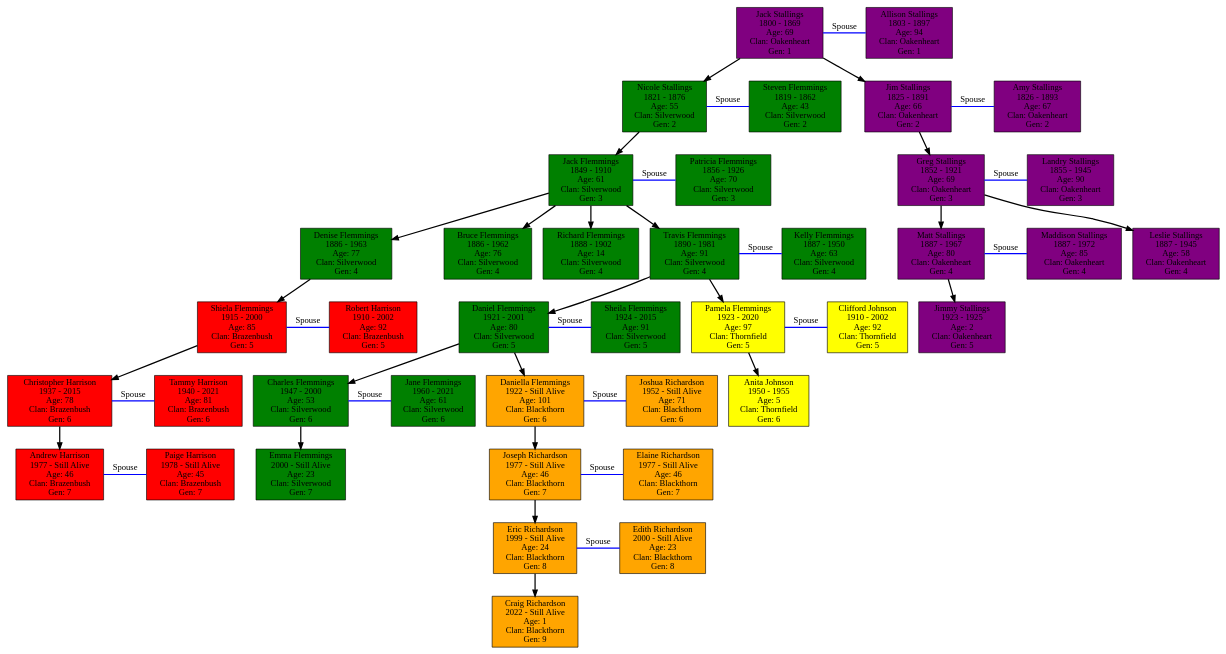
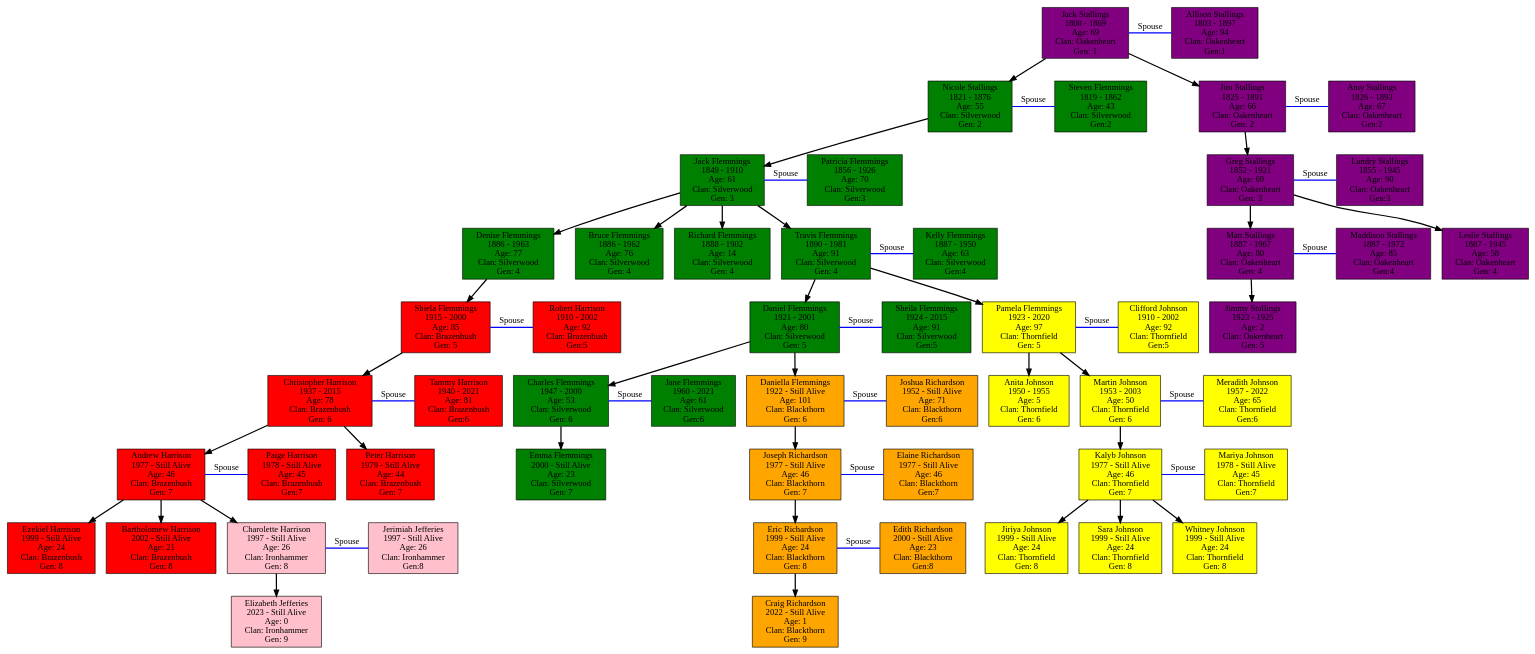
One commit to ACHarrison32/4883-SoftwareTools-Harrison changed the diagram in Assignments/A5/family_tree.dot. Above: the diagram before and after it, drawn with Graphviz.

```diff
--- a/Assignments/A5/family_tree.dot
+++ b/Assignments/A5/family_tree.dot
@@ -1,91 +1,117 @@
 digraph FamilyTree {
 	{ rank = same; }
 	{ rank = same; 0; 1; }
 	{ rank = same; 2; 3; 26; 33; }
 	{ rank = same; 4; 5; 34; 35; }
 	{ rank = same; 6; 7; 8; 9; 10; 36; 37; 38; }
 	{ rank = same; 11; 12; 13; 14; 27; 28; 39; }
-	{ rank = same; 15; 16; 17; 18; 19; 29; 30; }
-	{ rank = same; 20; 21; 24; 31; 32; }
-	{ rank = same; 22; 23; }
-	{ rank = same; 25; }
+	{ rank = same; 15; 16; 17; 18; 19; 29; 30; 40; 41; }
+	{ rank = same; 20; 21; 24; 31; 32; 42; 43; 47; }
+	{ rank = same; 22; 23; 44; 45; 46; 48; 49; 50; 51; }
+	{ rank = same; 25; 52; }
 	0 [label="Jack Stallings\n1800 - 1869\nAge: 69\nClan: Oakenheart\nGen: 1", shape=rectangle, style=filled, fillcolor=purple];
 	0 -> 1 [label="Spouse", dir=none, penwidth=2, color="blue"];
-	1 [label="Allison Stallings\n1803 - 1897\nAge: 94\nClan: Oakenheart\nGen: 1", shape=rectangle, style=filled, fillcolor=purple];
+	1 [label="Allison Stallings\n1803 - 1897\nAge: 94\nClan: Oakenheart\nGen:1", shape=rectangle, style=filled, fillcolor=purple];
 	0 -> 2[penwidth=2];
 	2 [label="Nicole Stallings\n1821 - 1876\nAge: 55\nClan: Silverwood\nGen: 2", shape=rectangle, style=filled, fillcolor=green];
 	2 -> 3 [label="Spouse", dir=none, penwidth=2, color="blue"];
-	3 [label="Steven Flemmings\n1819 - 1862\nAge: 43\nClan: Silverwood\nGen: 2", shape=rectangle, style=filled, fillcolor=green];
+	3 [label="Steven Flemmings\n1819 - 1862\nAge: 43\nClan: Silverwood\nGen:2", shape=rectangle, style=filled, fillcolor=green];
 	2 -> 4[penwidth=2];
 	4 [label="Jack Flemmings\n1849 - 1910\nAge: 61\nClan: Silverwood\nGen: 3", shape=rectangle, style=filled, fillcolor=green];
 	4 -> 5 [label="Spouse", dir=none, penwidth=2, color="blue"];
-	5 [label="Patricia Flemmings\n1856 - 1926\nAge: 70\nClan: Silverwood\nGen: 3", shape=rectangle, style=filled, fillcolor=green];
+	5 [label="Patricia Flemmings\n1856 - 1926\nAge: 70\nClan: Silverwood\nGen:3", shape=rectangle, style=filled, fillcolor=green];
 	4 -> 6[penwidth=2];
 	6 [label="Denise Flemmings\n1886 - 1963\nAge: 77\nClan: Silverwood\nGen: 4", shape=rectangle, style=filled, fillcolor=green];
 	6 -> 27[penwidth=2];
 	27 [label="Shiela Flemmings\n1915 - 2000\nAge: 85\nClan: Brazenbush\nGen: 5", shape=rectangle, style=filled, fillcolor=red];
 	27 -> 28 [label="Spouse", dir=none, penwidth=2, color="blue"];
-	28 [label="Robert Harrison\n1910 - 2002\nAge: 92\nClan: Brazenbush\nGen: 5", shape=rectangle, style=filled, fillcolor=red];
+	28 [label="Robert Harrison\n1910 - 2002\nAge: 92\nClan: Brazenbush\nGen:5", shape=rectangle, style=filled, fillcolor=red];
 	27 -> 29[penwidth=2];
 	29 [label="Christopher Harrison\n1937 - 2015\nAge: 78\nClan: Brazenbush\nGen: 6", shape=rectangle, style=filled, fillcolor=red];
 	29 -> 30 [label="Spouse", dir=none, penwidth=2, color="blue"];
-	30 [label="Tammy Harrison\n1940 - 2021\nAge: 81\nClan: Brazenbush\nGen: 6", shape=rectangle, style=filled, fillcolor=red];
+	30 [label="Tammy Harrison\n1940 - 2021\nAge: 81\nClan: Brazenbush\nGen:6", shape=rectangle, style=filled, fillcolor=red];
 	29 -> 31[penwidth=2];
 	31 [label="Andrew Harrison\n1977 - Still Alive\nAge: 46\nClan: Brazenbush\nGen: 7", shape=rectangle, style=filled, fillcolor=red];
 	31 -> 32 [label="Spouse", dir=none, penwidth=2, color="blue"];
-	32 [label="Paige Harrison\n1978 - Still Alive\nAge: 45\nClan: Brazenbush\nGen: 7", shape=rectangle, style=filled, fillcolor=red];
+	32 [label="Paige Harrison\n1978 - Still Alive\nAge: 45\nClan: Brazenbush\nGen:7", shape=rectangle, style=filled, fillcolor=red];
+	31 -> 48[penwidth=2];
+	48 [label="Ezekiel Harrison\n1999 - Still Alive\nAge: 24\nClan: Brazenbush\nGen: 8", shape=rectangle, style=filled, fillcolor=red];
+	31 -> 49[penwidth=2];
+	49 [label="Bartholomew Harrison\n2002 - Still Alive\nAge: 21\nClan: Brazenbush\nGen: 8", shape=rectangle, style=filled, fillcolor=red];
+	31 -> 50[penwidth=2];
+	50 [label="Charolette Harrison\n1997 - Still Alive\nAge: 26\nClan: Ironhammer\nGen: 8", shape=rectangle, style=filled, fillcolor=pink];
+	50 -> 51 [label="Spouse", dir=none, penwidth=2, color="blue"];
+	51 [label="Jerimiah Jefferies\n1997 - Still Alive\nAge: 26\nClan: Ironhammer\nGen:8", shape=rectangle, style=filled, fillcolor=pink];
+	50 -> 52[penwidth=2];
+	52 [label="Elizabeth Jefferies\n2023 - Still Alive\nAge: 0\nClan: Ironhammer\nGen: 9", shape=rectangle, style=filled, fillcolor=pink];
+	29 -> 47[penwidth=2];
+	47 [label="Peter Harrison\n1979 - Still Alive\nAge: 44\nClan: Brazenbush\nGen: 7", shape=rectangle, style=filled, fillcolor=red];
 	4 -> 7[penwidth=2];
 	7 [label="Bruce Flemmings\n1886 - 1962\nAge: 76\nClan: Silverwood\nGen: 4", shape=rectangle, style=filled, fillcolor=green];
 	4 -> 8[penwidth=2];
 	8 [label="Richard Flemmings\n1888 - 1902\nAge: 14\nClan: Silverwood\nGen: 4", shape=rectangle, style=filled, fillcolor=green];
 	4 -> 9[penwidth=2];
 	9 [label="Travis Flemmings\n1890 - 1981\nAge: 91\nClan: Silverwood\nGen: 4", shape=rectangle, style=filled, fillcolor=green];
 	9 -> 10 [label="Spouse", dir=none, penwidth=2, color="blue"];
-	10 [label="Kelly Flemmings\n1887 - 1950\nAge: 63\nClan: Silverwood\nGen: 4", shape=rectangle, style=filled, fillcolor=green];
+	10 [label="Kelly Flemmings\n1887 - 1950\nAge: 63\nClan: Silverwood\nGen:4", shape=rectangle, style=filled, fillcolor=green];
 	9 -> 11[penwidth=2];
 	11 [label="Daniel Flemmings\n1921 - 2001\nAge: 80\nClan: Silverwood\nGen: 5", shape=rectangle, style=filled, fillcolor=green];
 	11 -> 12 [label="Spouse", dir=none, penwidth=2, color="blue"];
-	12 [label="Sheila Flemmings\n1924 - 2015\nAge: 91\nClan: Silverwood\nGen: 5", shape=rectangle, style=filled, fillcolor=green];
+	12 [label="Sheila Flemmings\n1924 - 2015\nAge: 91\nClan: Silverwood\nGen:5", shape=rectangle, style=filled, fillcolor=green];
 	11 -> 15[penwidth=2];
 	15 [label="Charles Flemmings\n1947 - 2000\nAge: 53\nClan: Silverwood\nGen: 6", shape=rectangle, style=filled, fillcolor=green];
 	15 -> 16 [label="Spouse", dir=none, penwidth=2, color="blue"];
-	16 [label="Jane Flemmings\n1960 - 2021\nAge: 61\nClan: Silverwood\nGen: 6", shape=rectangle, style=filled, fillcolor=green];
+	16 [label="Jane Flemmings\n1960 - 2021\nAge: 61\nClan: Silverwood\nGen:6", shape=rectangle, style=filled, fillcolor=green];
 	15 -> 24[penwidth=2];
 	24 [label="Emma Flemmings\n2000 - Still Alive\nAge: 23\nClan: Silverwood\nGen: 7", shape=rectangle, style=filled, fillcolor=green];
 	11 -> 17[penwidth=2];
 	17 [label="Daniella Flemmings\n1922 - Still Alive\nAge: 101\nClan: Blackthorn\nGen: 6", shape=rectangle, style=filled, fillcolor=orange];
 	17 -> 18 [label="Spouse", dir=none, penwidth=2, color="blue"];
-	18 [label="Joshua Richardson\n1952 - Still Alive\nAge: 71\nClan: Blackthorn\nGen: 6", shape=rectangle, style=filled, fillcolor=orange];
+	18 [label="Joshua Richardson\n1952 - Still Alive\nAge: 71\nClan: Blackthorn\nGen:6", shape=rectangle, style=filled, fillcolor=orange];
 	17 -> 20[penwidth=2];
 	20 [label="Joseph Richardson\n1977 - Still Alive\nAge: 46\nClan: Blackthorn\nGen: 7", shape=rectangle, style=filled, fillcolor=orange];
 	20 -> 21 [label="Spouse", dir=none, penwidth=2, color="blue"];
-	21 [label="Elaine Richardson\n1977 - Still Alive\nAge: 46\nClan: Blackthorn\nGen: 7", shape=rectangle, style=filled, fillcolor=orange];
+	21 [label="Elaine Richardson\n1977 - Still Alive\nAge: 46\nClan: Blackthorn\nGen:7", shape=rectangle, style=filled, fillcolor=orange];
 	20 -> 22[penwidth=2];
 	22 [label="Eric Richardson\n1999 - Still Alive\nAge: 24\nClan: Blackthorn\nGen: 8", shape=rectangle, style=filled, fillcolor=orange];
 	22 -> 23 [label="Spouse", dir=none, penwidth=2, color="blue"];
-	23 [label="Edith Richardson\n2000 - Still Alive\nAge: 23\nClan: Blackthorn\nGen: 8", shape=rectangle, style=filled, fillcolor=orange];
+	23 [label="Edith Richardson\n2000 - Still Alive\nAge: 23\nClan: Blackthorn\nGen:8", shape=rectangle, style=filled, fillcolor=orange];
 	22 -> 25[penwidth=2];
 	25 [label="Craig Richardson\n2022 - Still Alive\nAge: 1\nClan: Blackthorn\nGen: 9", shape=rectangle, style=filled, fillcolor=orange];
 	9 -> 13[penwidth=2];
 	13 [label="Pamela Flemmings\n1923 - 2020\nAge: 97\nClan: Thornfield\nGen: 5", shape=rectangle, style=filled, fillcolor=yellow];
 	13 -> 14 [label="Spouse", dir=none, penwidth=2, color="blue"];
-	14 [label="Clifford Johnson\n1910 - 2002\nAge: 92\nClan: Thornfield\nGen: 5", shape=rectangle, style=filled, fillcolor=yellow];
+	14 [label="Clifford Johnson\n1910 - 2002\nAge: 92\nClan: Thornfield\nGen:5", shape=rectangle, style=filled, fillcolor=yellow];
 	13 -> 19[penwidth=2];
 	19 [label="Anita Johnson\n1950 - 1955\nAge: 5\nClan: Thornfield\nGen: 6", shape=rectangle, style=filled, fillcolor=yellow];
+	13 -> 40[penwidth=2];
+	40 [label="Martin Johnson\n1953 - 2003\nAge: 50\nClan: Thornfield\nGen: 6", shape=rectangle, style=filled, fillcolor=yellow];
+	40 -> 41 [label="Spouse", dir=none, penwidth=2, color="blue"];
+	41 [label="Meradith Johnson\n1957 - 2022\nAge: 65\nClan: Thornfield\nGen:6", shape=rectangle, style=filled, fillcolor=yellow];
+	40 -> 42[penwidth=2];
+	42 [label="Kalyb Johnson\n1977 - Still Alive\nAge: 46\nClan: Thornfield\nGen: 7", shape=rectangle, style=filled, fillcolor=yellow];
+	42 -> 43 [label="Spouse", dir=none, penwidth=2, color="blue"];
+	43 [label="Mariya Johnson\n1978 - Still Alive\nAge: 45\nClan: Thornfield\nGen:7", shape=rectangle, style=filled, fillcolor=yellow];
+	42 -> 44[penwidth=2];
+	44 [label="Jiriya Johnson\n1999 - Still Alive\nAge: 24\nClan: Thornfield\nGen: 8", shape=rectangle, style=filled, fillcolor=yellow];
+	42 -> 45[penwidth=2];
+	45 [label="Sara Johnson\n1999 - Still Alive\nAge: 24\nClan: Thornfield\nGen: 8", shape=rectangle, style=filled, fillcolor=yellow];
+	42 -> 46[penwidth=2];
+	46 [label="Whitney Johnson\n1999 - Still Alive\nAge: 24\nClan: Thornfield\nGen: 8", shape=rectangle, style=filled, fillcolor=yellow];
 	0 -> 26[penwidth=2];
 	26 [label="Jim Stallings\n1825 - 1891\nAge: 66\nClan: Oakenheart\nGen: 2", shape=rectangle, style=filled, fillcolor=purple];
 	26 -> 33 [label="Spouse", dir=none, penwidth=2, color="blue"];
-	33 [label="Amy Stallings\n1826 - 1893\nAge: 67\nClan: Oakenheart\nGen: 2", shape=rectangle, style=filled, fillcolor=purple];
+	33 [label="Amy Stallings\n1826 - 1893\nAge: 67\nClan: Oakenheart\nGen:2", shape=rectangle, style=filled, fillcolor=purple];
 	26 -> 34[penwidth=2];
 	34 [label="Greg Stallings\n1852 - 1921\nAge: 69\nClan: Oakenheart\nGen: 3", shape=rectangle, style=filled, fillcolor=purple];
 	34 -> 35 [label="Spouse", dir=none, penwidth=2, color="blue"];
-	35 [label="Landry Stallings\n1855 - 1945\nAge: 90\nClan: Oakenheart\nGen: 3", shape=rectangle, style=filled, fillcolor=purple];
+	35 [label="Landry Stallings\n1855 - 1945\nAge: 90\nClan: Oakenheart\nGen:3", shape=rectangle, style=filled, fillcolor=purple];
 	34 -> 36[penwidth=2];
 	36 [label="Matt Stallings\n1887 - 1967\nAge: 80\nClan: Oakenheart\nGen: 4", shape=rectangle, style=filled, fillcolor=purple];
 	36 -> 37 [label="Spouse", dir=none, penwidth=2, color="blue"];
-	37 [label="Maddison Stallings\n1887 - 1972\nAge: 85\nClan: Oakenheart\nGen: 4", shape=rectangle, style=filled, fillcolor=purple];
+	37 [label="Maddison Stallings\n1887 - 1972\nAge: 85\nClan: Oakenheart\nGen:4", shape=rectangle, style=filled, fillcolor=purple];
 	36 -> 39[penwidth=2];
 	39 [label="Jimmy Stallings\n1923 - 1925\nAge: 2\nClan: Oakenheart\nGen: 5", shape=rectangle, style=filled, fillcolor=purple];
 	34 -> 38[penwidth=2];
 	38 [label="Leslie Stallings\n1887 - 1945\nAge: 58\nClan: Oakenheart\nGen: 4", shape=rectangle, style=filled, fillcolor=purple];
 }
```
